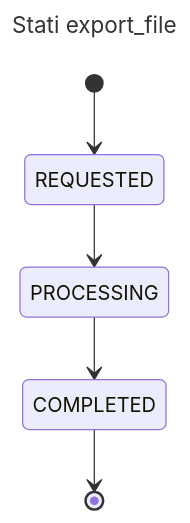
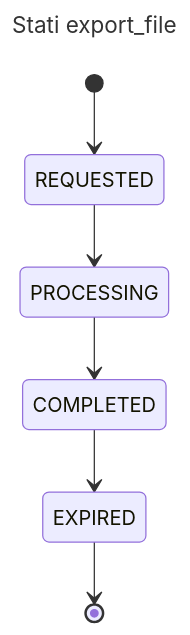
Before and after one commit to pagopa/p4pa-doc: the diagram in design/filesHandling/02.export_status.mmd, drawn with Mermaid. The commit also changed 1 other file, not shown here.

```diff
--- a/design/filesHandling/02.export_status.mmd
+++ b/design/filesHandling/02.export_status.mmd
@@ -1,10 +1,9 @@
 ---
 title: Stati export_file
 ---
 stateDiagram-v2
     [*] --> REQUESTED
     REQUESTED --> PROCESSING
-
     PROCESSING --> COMPLETED
-
-    COMPLETED --> [*]
+    COMPLETED --> EXPIRED
+    EXPIRED --> [*]
```
